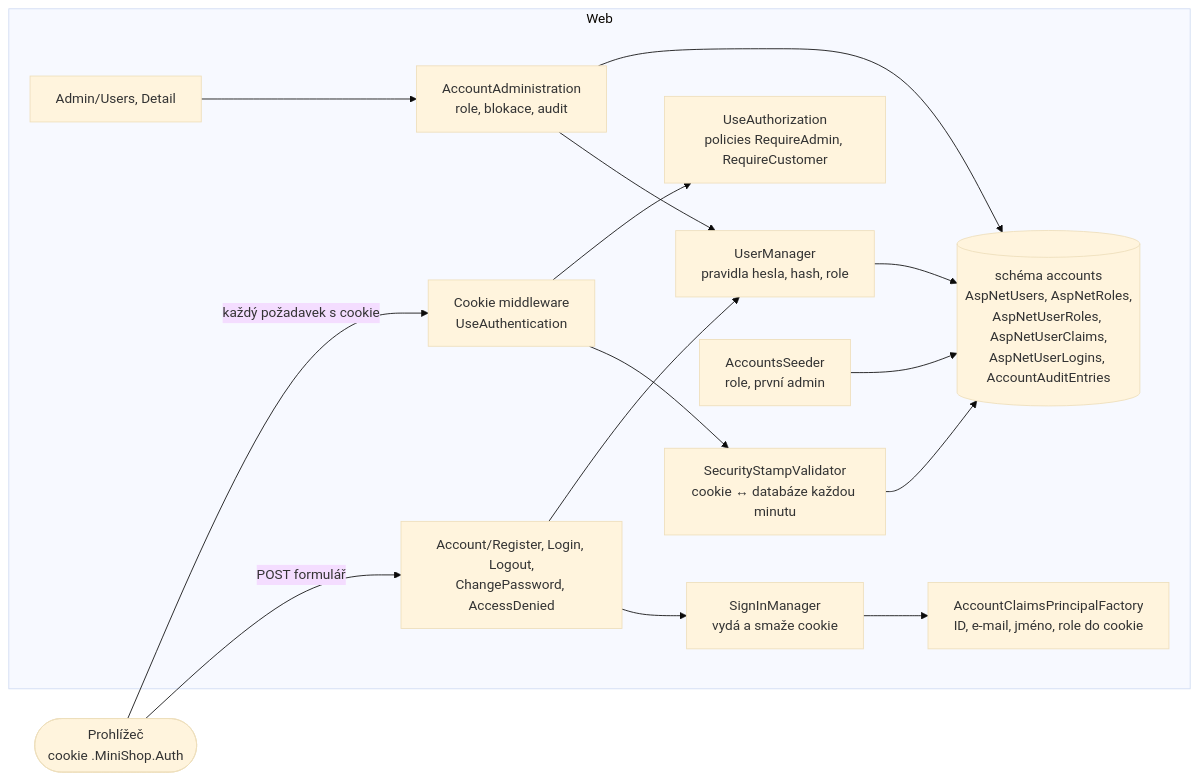
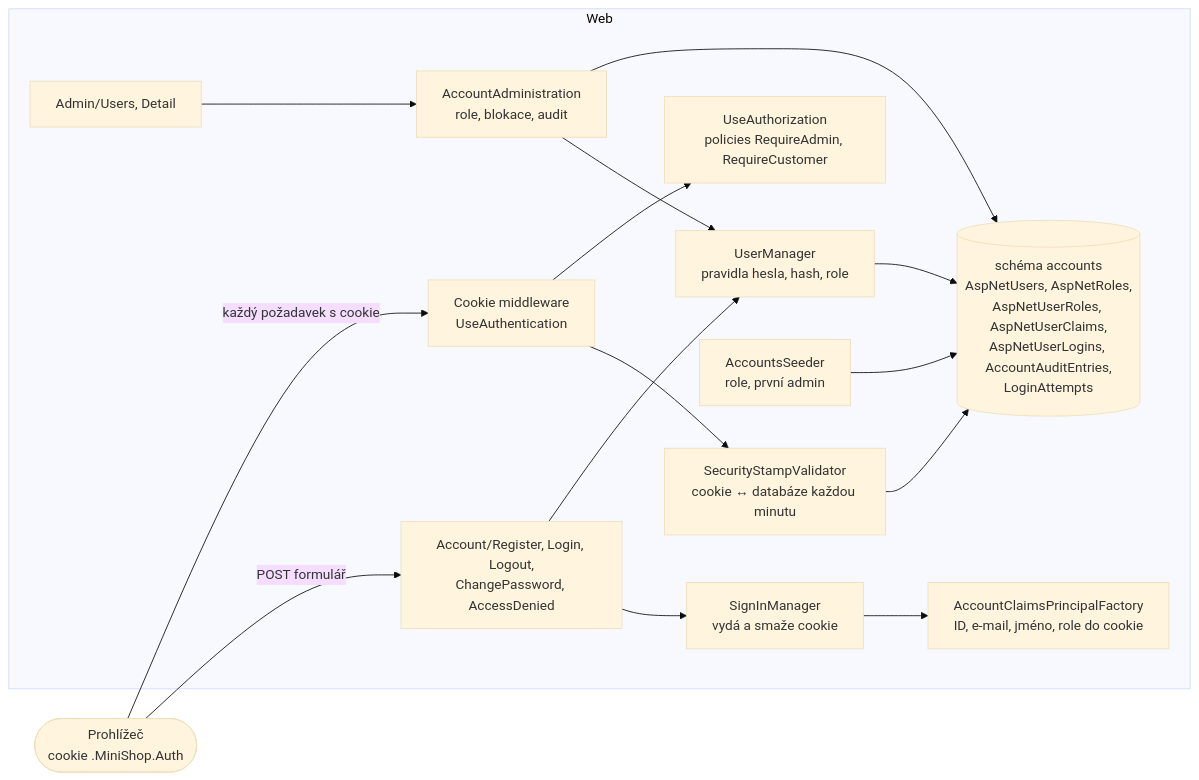
The sixth of 7 diagrams in docs/prirucka/architektura/moduly/accounts.md (ftichy/MiniShop), drawn with Mermaid (base theme) before and after one commit. The commit also changed other lines of this file and 27 other files, not shown here.

First line of the commit message:
Audit přihlášení: tabulka LoginAttempts, výpisy, retence 90 dní (část B zadání #94)

````diff
--- a/docs/prirucka/architektura/moduly/accounts.md
+++ b/docs/prirucka/architektura/moduly/accounts.md
@@ -345,32 +368,32 @@
 ```mermaid
 flowchart LR
     browser(["Prohlížeč<br/>cookie .MiniShop.Auth"])
 
     subgraph web["Web"]
         pages["Account/Register, Login, Logout,<br/>ChangePassword, AccessDenied"]
         cookie["Cookie middleware<br/>UseAuthentication"]
         authz["UseAuthorization<br/>policies RequireAdmin, RequireCustomer"]
         signin["SignInManager<br/>vydá a smaže cookie"]
         users["UserManager<br/>pravidla hesla, hash, role"]
         factory["AccountClaimsPrincipalFactory<br/>ID, e-mail, jméno, role do cookie"]
         seeder["AccountsSeeder<br/>role, první admin"]
         adminPages["Admin/Users, Detail"]
         administration["AccountAdministration<br/>role, blokace, audit"]
         stamp["SecurityStampValidator<br/>cookie ↔ databáze každou minutu"]
-        db[("schéma accounts<br/>AspNetUsers, AspNetRoles,<br/>AspNetUserRoles, AspNetUserClaims,<br/>AspNetUserLogins, AccountAuditEntries")]
+        db[("schéma accounts<br/>AspNetUsers, AspNetRoles,<br/>AspNetUserRoles, AspNetUserClaims,<br/>AspNetUserLogins, AccountAuditEntries,<br/>LoginAttempts")]
     end
 
     browser -->|"POST formulář"| pages
     pages --> signin
     pages --> users
     signin --> factory
     users --> db
     seeder --> db
     adminPages --> administration
     administration --> users
     administration --> db
     cookie --> stamp
     stamp --> db
     browser -->|"každý požadavek s cookie"| cookie
     cookie --> authz
 ```
````
